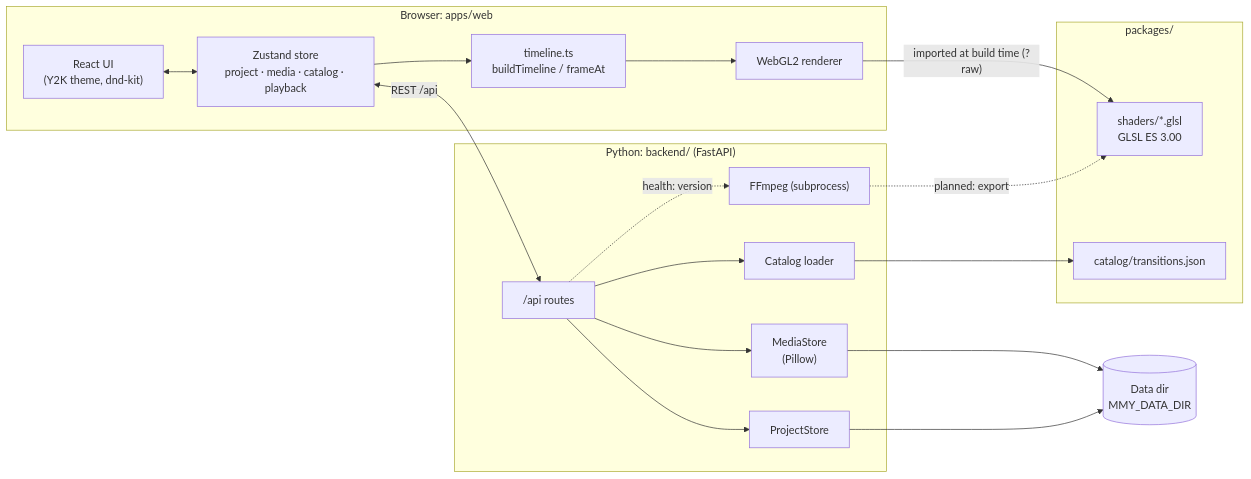
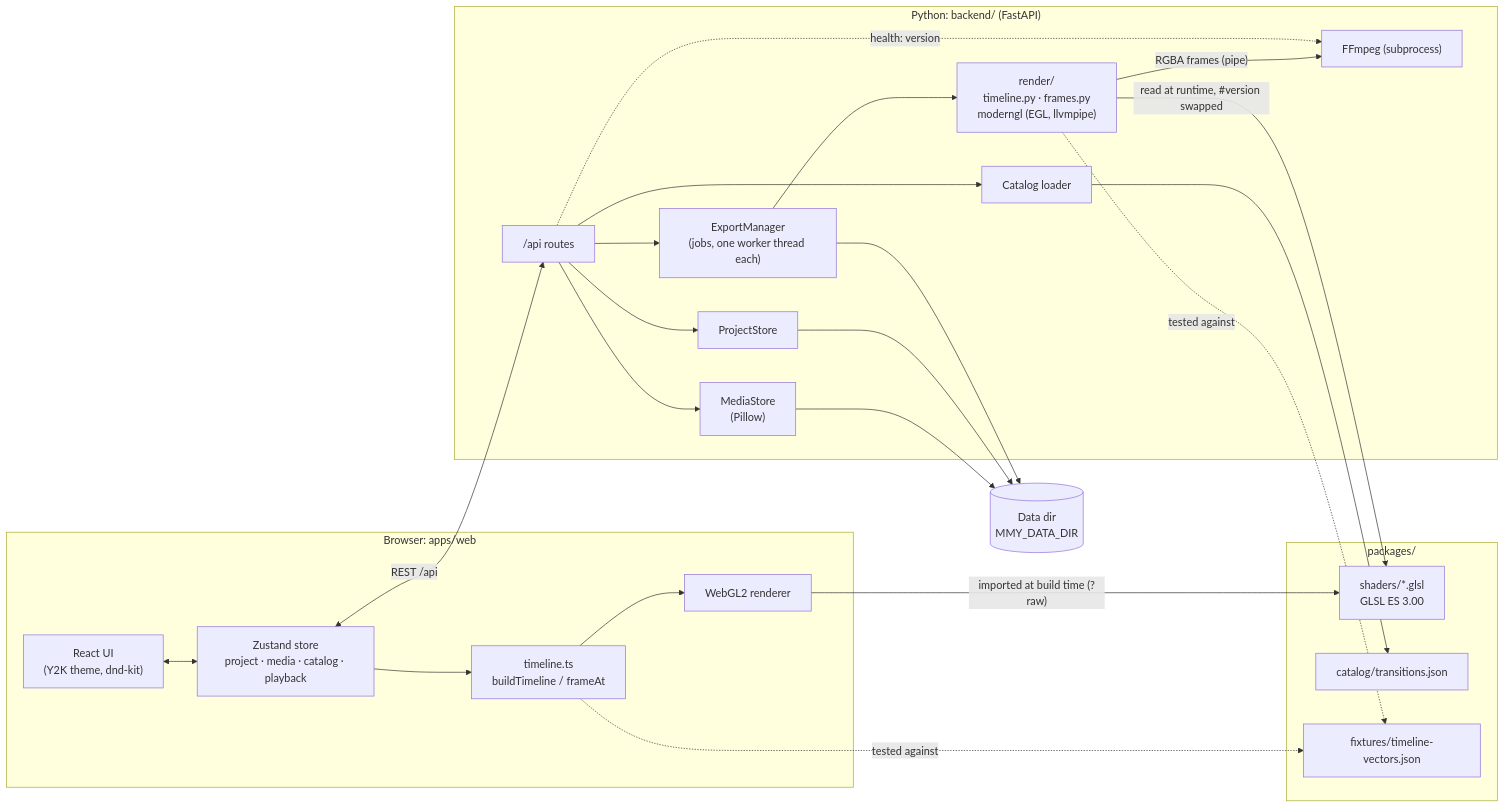
One commit to JoMe92/moviemakery2k changed the first of 3 diagrams in docs/architecture.md. Above: the diagram before and after it, drawn with Mermaid. The commit also changed other lines of this file and 2 other files, not shown here.

First line of the commit message:
docs: document movie export, render pipeline and export jobs [MMY-nav]

````diff
--- a/docs/architecture.md
+++ b/docs/architecture.md
@@ -11,31 +11,37 @@
 ```mermaid
 flowchart LR
   subgraph Browser["Browser: apps/web"]
     UI["React UI<br/>(Y2K theme, dnd-kit)"]
     Store["Zustand store<br/>project · media · catalog · playback"]
     TL["timeline.ts<br/>buildTimeline / frameAt"]
     GL["WebGL2 renderer"]
   end
   subgraph Server["Python: backend/ (FastAPI)"]
     API["/api routes"]
     Media["MediaStore<br/>(Pillow)"]
     Proj["ProjectStore"]
     Cat["Catalog loader"]
+    Exp["ExportManager<br/>(jobs, one worker thread each)"]
+    Rnd["render/<br/>timeline.py · frames.py<br/>moderngl (EGL, llvmpipe)"]
     FF["FFmpeg (subprocess)"]
   end
   subgraph Shared["packages/"]
     Shaders["shaders/*.glsl<br/>GLSL ES 3.00"]
     Catalog["catalog/transitions.json"]
+    Vectors["fixtures/timeline-vectors.json"]
   end
   Data[("Data dir<br/>MMY_DATA_DIR")]
 
   UI <--> Store
   Store --> TL --> GL
   Store <-- "REST /api" --> API
-  API --> Media & Proj & Cat
-  Media & Proj --> Data
+  API --> Media & Proj & Cat & Exp
+  Media & Proj & Exp --> Data
   Cat --> Catalog
   GL -- "imported at build time (?raw)" --> Shaders
+  Exp --> Rnd -- "RGBA frames (pipe)" --> FF
+  Rnd -- "read at runtime, #version swapped" --> Shaders
+  TL -. "tested against" .-> Vectors
+  Rnd -. "tested against" .-> Vectors
   API -. "health: version" .-> FF
-  FF -. "planned: export" .-> Shaders
 ```
````
